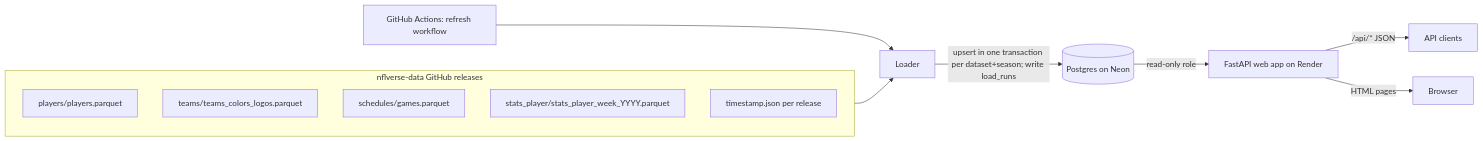
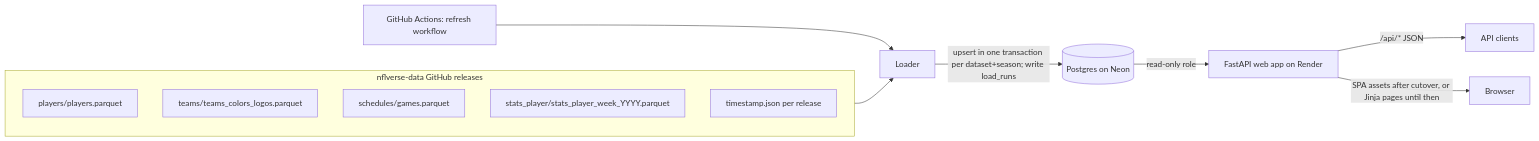
One commit to tjonesy10/seam-finder changed the first of 2 diagrams in docs/architecture.md. Above: the diagram before and after it, drawn with Mermaid. The commit also changed other lines of this file and 8 other files, not shown here.

````diff
--- a/docs/architecture.md
+++ b/docs/architecture.md
@@ -18,16 +18,16 @@
 ```mermaid
 flowchart LR
   subgraph nflverse["nflverse-data GitHub releases"]
     P[players/players.parquet]
     T[teams/teams_colors_logos.parquet]
     G[schedules/games.parquet]
     S[stats_player/stats_player_week_YYYY.parquet]
     TS[timestamp.json per release]
   end
   GA[GitHub Actions: refresh workflow] --> L[Loader]
   nflverse --> L
   L -->|upsert in one transaction per dataset+season; write load_runs| DB[(Postgres on Neon)]
   DB -->|read-only role| W[FastAPI web app on Render]
   W -->|/api/* JSON| C1[API clients]
-  W -->|HTML pages| C2[Browser]
+  W -->|SPA assets after cutover, or Jinja pages until then| C2[Browser]
 ```
````
